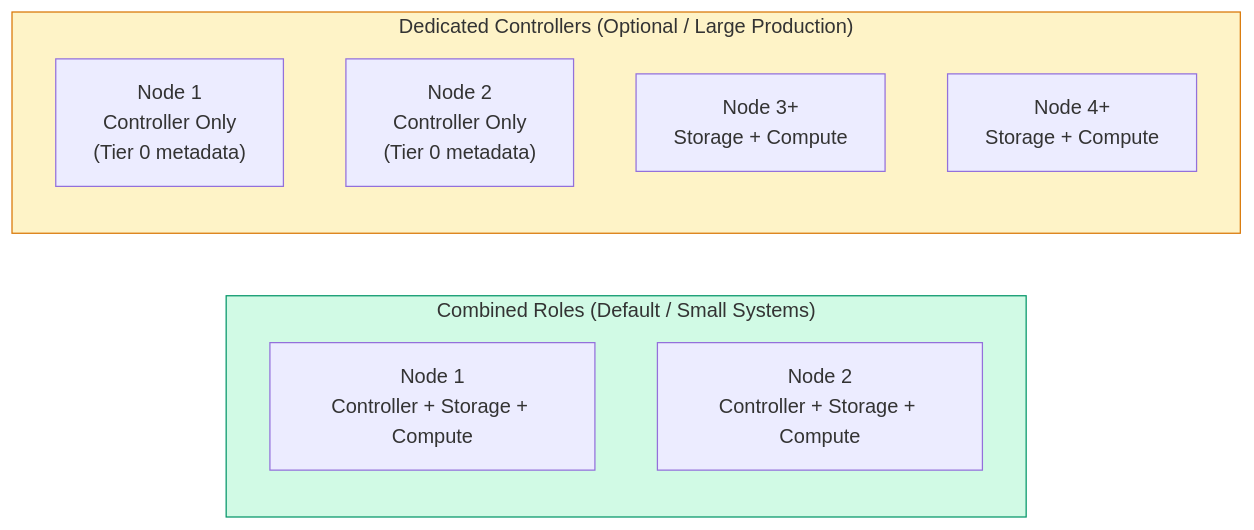
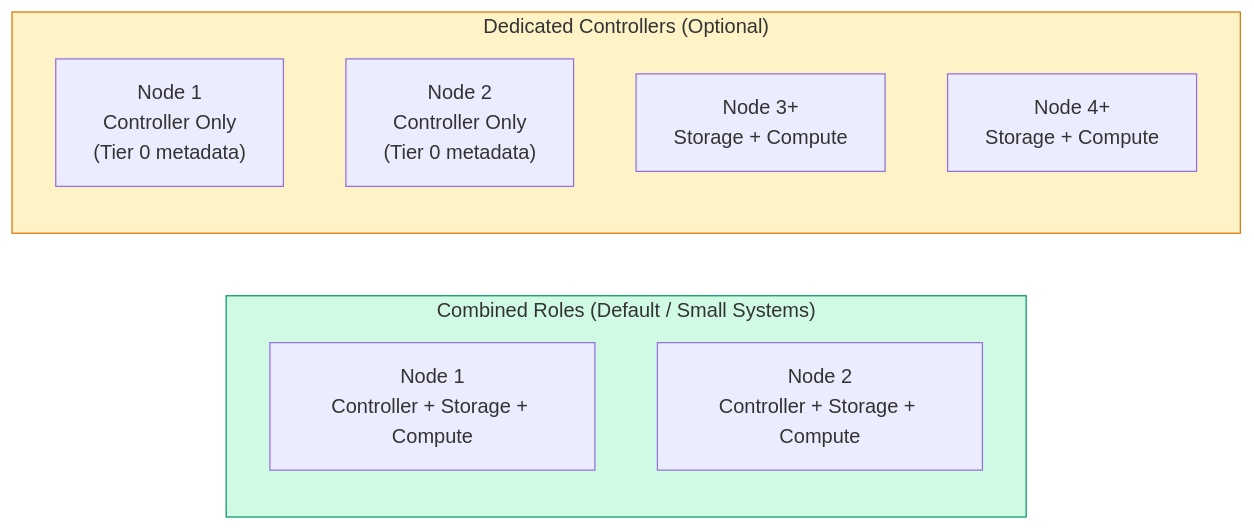
One commit to verge-io/docs-vergeos changed the diagram in learn/02-sizing-design/01-hardware-requirements.md. Above: the diagram before and after it, drawn with Mermaid.

Commit message:
Remove 'Large Production' from mermaid diagram label
Change 'Dedicated Controllers (Optional / Large Production)' to 'Dedicated Controllers (Optional)' to align with sizing.md framing

````diff
--- a/learn/02-sizing-design/01-hardware-requirements.md
+++ b/learn/02-sizing-design/01-hardware-requirements.md
@@ -217,17 +217,17 @@
 ```mermaid
 graph LR
     subgraph shared["Combined Roles (Default / Small Systems)"]
         N1S["Node 1<br/>Controller + Storage + Compute"]
         N2S["Node 2<br/>Controller + Storage + Compute"]
     end
 
-    subgraph dedicated["Dedicated Controllers (Optional / Large Production)"]
+    subgraph dedicated["Dedicated Controllers (Optional)"]
         N1D["Node 1<br/>Controller Only<br/>(Tier 0 metadata)"]
         N2D["Node 2<br/>Controller Only<br/>(Tier 0 metadata)"]
         N3["Node 3+<br/>Storage + Compute"]
         N4["Node 4+<br/>Storage + Compute"]
     end
 
     style shared fill:#d1fae5,stroke:#059669
     style dedicated fill:#fef3c7,stroke:#d97706
 ```
````
